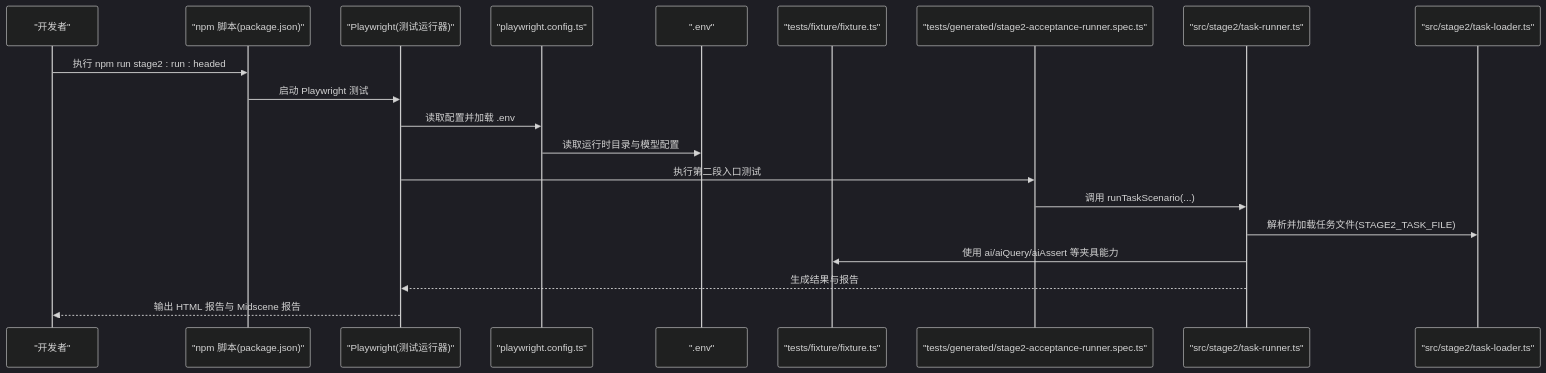
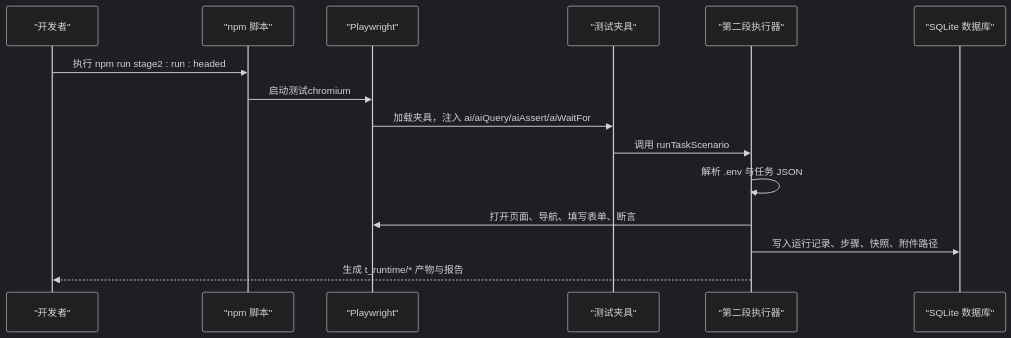
The second of 6 diagrams in .qoder/repowiki/zh/content/快速开始.md (Jiane-EJ/playwright-mind), drawn with Mermaid (dark theme) before and after one commit. The commit also changed other lines of this file and 121 other files, not shown here.

````diff
--- a/.qoder/repowiki/zh/content/快速开始.md
+++ b/.qoder/repowiki/zh/content/快速开始.md
@@ -104,22 +85,17 @@
 ```mermaid
 sequenceDiagram
 participant Dev as "开发者"
-participant NPM as "npm 脚本(package.json)"
-participant PW as "Playwright(测试运行器)"
-participant CFG as "playwright.config.ts"
-participant ENV as ".env"
-participant FIX as "tests/fixture/fixture.ts"
-participant ENT as "tests/generated/stage2-acceptance-runner.spec.ts"
-participant TR as "src/stage2/task-runner.ts"
-participant TL as "src/stage2/task-loader.ts"
-Dev->>NPM : 执行 npm run stage2 : run : headed
-NPM->>PW : 启动 Playwright 测试
-PW->>CFG : 读取配置并加载 .env
-CFG->>ENV : 读取运行时目录与模型配置
-PW->>ENT : 执行第二段入口测试
-ENT->>TR : 调用 runTaskScenario(...)
-TR->>TL : 解析并加载任务文件(STAGE2_TASK_FILE)
-TR->>FIX : 使用 ai/aiQuery/aiAssert 等夹具能力
-TR-->>PW : 生成结果与报告
-PW-->>Dev : 输出 HTML 报告与 Midscene 报告
+participant CLI as "npm 脚本"
+participant PW as "Playwright"
+participant Fixture as "测试夹具"
+participant Runner as "第二段执行器"
+participant DB as "SQLite 数据库"
+Dev->>CLI : 执行 npm run stage2 : run : headed
+CLI->>PW : 启动测试chromium
+PW->>Fixture : 加载夹具，注入 ai/aiQuery/aiAssert/aiWaitFor
+Fixture->>Runner : 调用 runTaskScenario
+Runner->>Runner : 解析 .env 与任务 JSON
+Runner->>PW : 打开页面、导航、填写表单、断言
+Runner->>DB : 写入运行记录、步骤、快照、附件路径
+Runner-->>Dev : 生成 t_runtime/* 产物与报告
 ```
````
